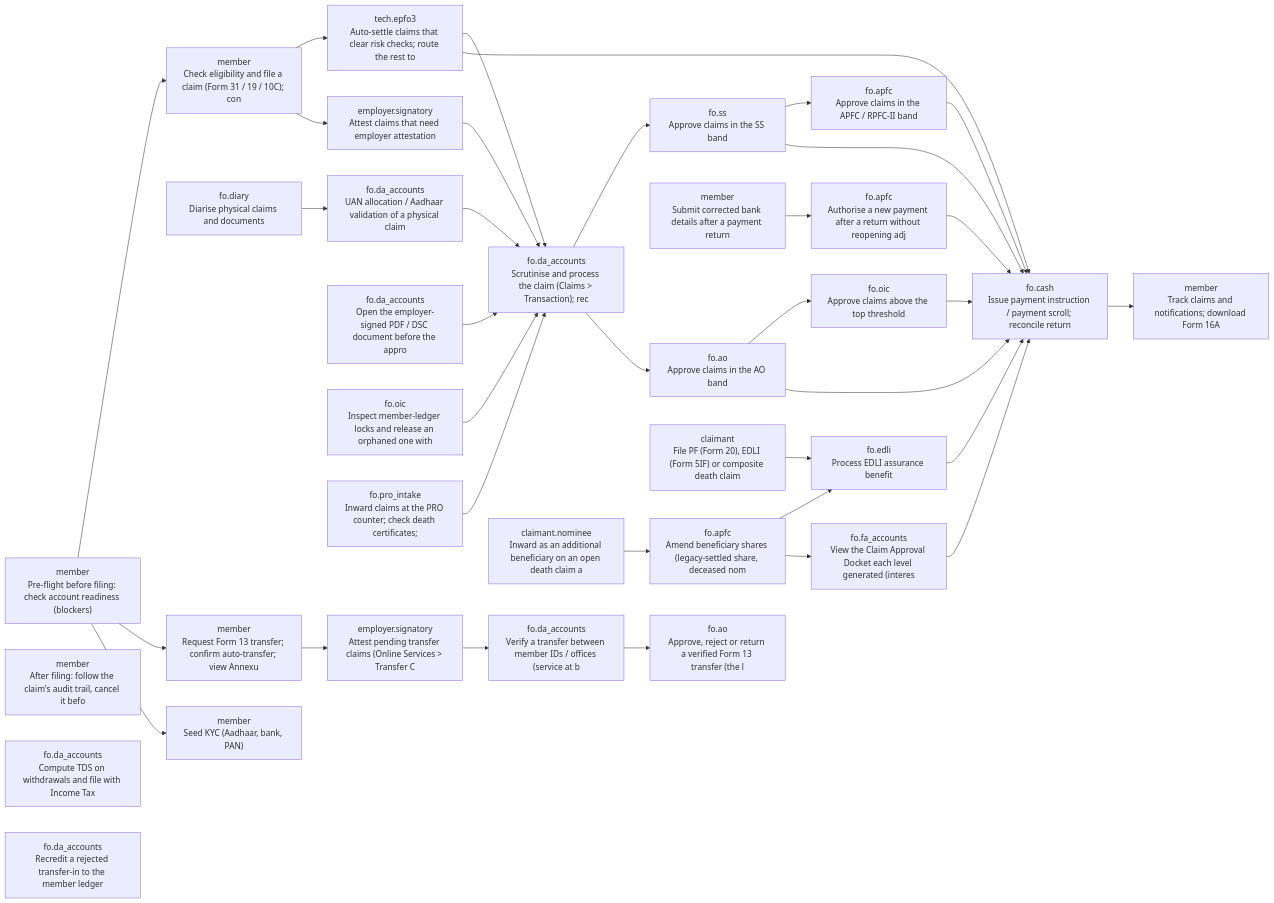
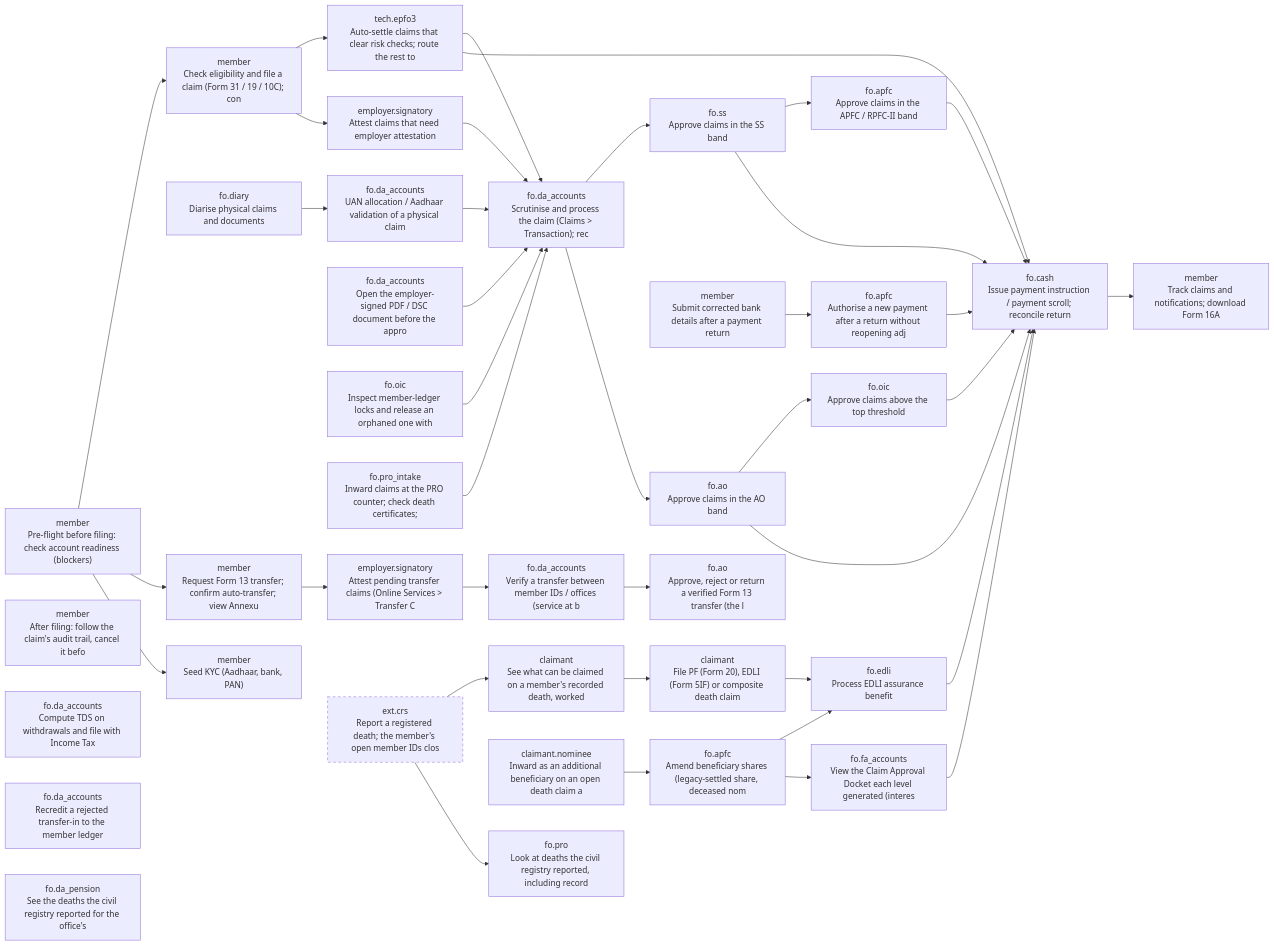
Before and after one commit to gauravmeena0708/pf-life: the fourth of 14 diagrams in docs/stakeholder-api-sets.md, drawn with Mermaid. The commit also changed other lines of this file and 54 other files, not shown here.

````diff
--- a/docs/stakeholder-api-sets.md
+++ b/docs/stakeholder-api-sets.md
@@ -1669,67 +1682,75 @@
 ```mermaid
 flowchart LR
   F04_preflight["member<br/>Pre-flight before filing: check account readiness (blockers)"]
   F04_claim_file["member<br/>Check eligibility and file a claim (Form 31 / 19 / 10C); con"]
   F04_auto_settle["tech.epfo3<br/>Auto-settle claims that clear risk checks; route the rest to"]
   F04_attest["employer.signatory<br/>Attest claims that need employer attestation"]
   F04_physical["fo.diary<br/>Diarise physical claims and documents"]
   F04_physical_validate["fo.da_accounts<br/>UAN allocation / Aadhaar validation of a physical claim"]
   F04_process["fo.da_accounts<br/>Scrutinise and process the claim (Claims > Transaction); rec"]
   F04_approve_ss["fo.ss<br/>Approve claims in the SS band"]
   F04_approve_ao["fo.ao<br/>Approve claims in the AO band"]
   F04_approve_apfc["fo.apfc<br/>Approve claims in the APFC / RPFC-II band"]
   F04_approve_oic["fo.oic<br/>Approve claims above the top threshold"]
   F04_pay["fo.cash<br/>Issue payment instruction / payment scroll; reconcile return"]
   F04_cad["fo.fa_accounts<br/>View the Claim Approval Docket each level generated (interes"]
   F04_post_submission["member<br/>After filing: follow the claim's audit trail, cancel it befo"]
   F04_redisburse_request["member<br/>Submit corrected bank details after a payment return"]
   F04_redisburse_approve["fo.apfc<br/>Authorise a new payment after a return without reopening adj"]
   F04_attestation_view["fo.da_accounts<br/>Open the employer-signed PDF / DSC document before the appro"]
   F04_lock_admin["fo.oic<br/>Inspect member-ledger locks and release an orphaned one with"]
   F04_pro_intake["fo.pro_intake<br/>Inward claims at the PRO counter; check death certificates; "]
   F04_track["member<br/>Track claims and notifications; download Form 16A"]
   F04_tds["fo.da_accounts<br/>Compute TDS on withdrawals and file with Income Tax"]
   F04_transfer["member<br/>Request Form 13 transfer; confirm auto-transfer; view Annexu"]
   F04_transfer_attest["employer.signatory<br/>Attest pending transfer claims (Online Services > Transfer C"]
   F04_transfer_process["fo.da_accounts<br/>Verify a transfer between member IDs / offices (service at b"]
   F04_transfer_decide["fo.ao<br/>Approve, reject or return a verified Form 13 transfer (the l"]
   F04_transfer_recredit["fo.da_accounts<br/>Recredit a rejected transfer-in to the member ledger"]
+  F04_death_feed["ext.crs<br/>Report a registered death; the member's open member IDs clos"]
+  style F04_death_feed stroke-dasharray: 5 5
+  F04_death_feed_office["fo.pro<br/>Look at deaths the civil registry reported, including record"]
+  F04_death_feed_pension["fo.da_pension<br/>See the deaths the civil registry reported for the office's "]
+  F04_death_offer["claimant<br/>See what can be claimed on a member's recorded death, worked"]
   F04_death_claim["claimant<br/>File PF (Form 20), EDLI (Form 5IF) or composite death claim"]
   F04_co_beneficiary["claimant.nominee<br/>Inward as an additional beneficiary on an open death claim a"]
   F04_shares["fo.apfc<br/>Amend beneficiary shares (legacy-settled share, deceased nom"]
   F04_edli["fo.edli<br/>Process EDLI assurance benefit"]
   F04_preflight --> F04_claim_file
   F04_preflight --> F04_transfer
   F02_kyc_seed["member<br/>Seed KYC (Aadhaar, bank, PAN)"]
   F04_preflight --> F02_kyc_seed
   F04_claim_file --> F04_auto_settle
   F04_claim_file --> F04_attest
   F04_auto_settle --> F04_process
   F04_auto_settle --> F04_pay
   F04_attest --> F04_process
   F04_physical --> F04_physical_validate
   F04_physical_validate --> F04_process
   F04_process --> F04_approve_ss
   F04_process --> F04_approve_ao
   F04_approve_ss --> F04_approve_apfc
   F04_approve_ss --> F04_pay
   F04_approve_ao --> F04_approve_oic
   F04_approve_ao --> F04_pay
   F04_approve_apfc --> F04_pay
   F04_approve_oic --> F04_pay
   F04_pay --> F04_track
   F04_cad --> F04_pay
   F04_redisburse_request --> F04_redisburse_approve
   F04_redisburse_approve --> F04_pay
   F04_attestation_view --> F04_process
   F04_lock_admin --> F04_process
   F04_pro_intake --> F04_process
   F04_transfer --> F04_transfer_attest
   F04_transfer_attest --> F04_transfer_process
   F04_transfer_process --> F04_transfer_decide
+  F04_death_feed --> F04_death_offer
+  F04_death_feed --> F04_death_feed_office
+  F04_death_offer --> F04_death_claim
   F04_death_claim --> F04_edli
   F04_co_beneficiary --> F04_shares
   F04_shares --> F04_edli
   F04_shares --> F04_cad
   F04_edli --> F04_pay
 ```
````
